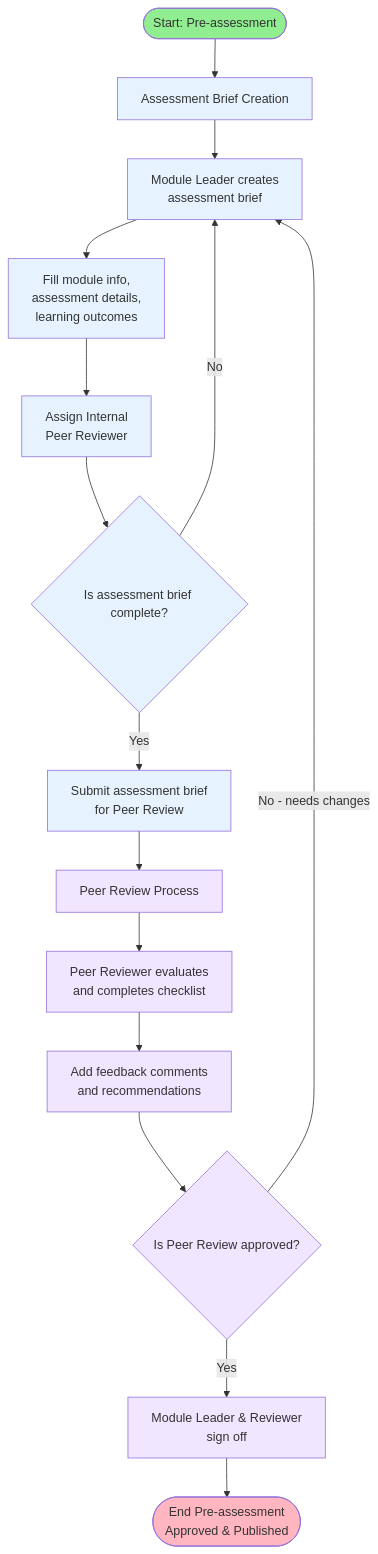
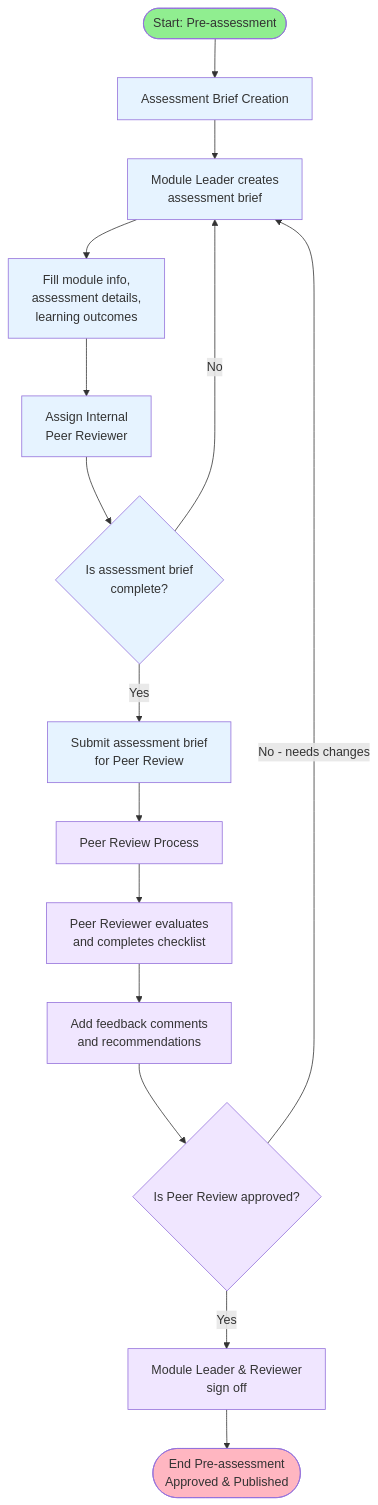
Before and after one commit to martinsolent/mod_prototype: the first of 2 diagrams in flow_chart/mod_flow_chart.md, drawn with Mermaid. The commit also changed other lines of this file, not shown here.

````diff
--- a/flow_chart/mod_flow_chart.md
+++ b/flow_chart/mod_flow_chart.md
@@ -1,29 +1,29 @@
 ```mermaid
 flowchart TD
     %% Workflow A: Pre-assessment (before semester)
     StartA([Start: Pre-assessment]) --> AB[Assessment Brief Creation]
     
     AB --> AB1[Module Leader creates<br/>assessment brief]
     AB1 --> AB2[Fill module info,<br/>assessment details,<br/>learning outcomes]
     AB2 --> AB3[Assign Internal<br/>Peer Reviewer]
-    AB3 --> AB4{Is assessment brief complete?}
+    AB3 --> AB4{Is assessment brief<br/>complete?}
     AB4 -->|No| AB1
     AB4 -->|Yes| AB5[Submit assessment brief<br/>for Peer Review]
     AB5 --> PR[Peer Review Process]
     
     PR --> PR1[Peer Reviewer evaluates<br/>and completes checklist]
     PR1 --> PR2[Add feedback comments<br/>and recommendations]
     PR2 --> PR3{Is Peer Review approved?}
     PR3 -->|No - needs changes| AB1
     PR3 -->|Yes| PR4[Module Leader & Reviewer<br/>sign off]
     PR4 --> EndA([End Pre-assessment<br/>Approved & Published])
     
     classDef start fill:#90EE90
     classDef endNode fill:#FFB6C1
     classDef brief fill:#E6F3FF
     classDef peer fill:#F0E6FF
     class StartA start
     class EndA endNode
     class AB,AB1,AB2,AB3,AB4,AB5 brief
     class PR,PR1,PR2,PR3,PR4 peer
 ```
````
